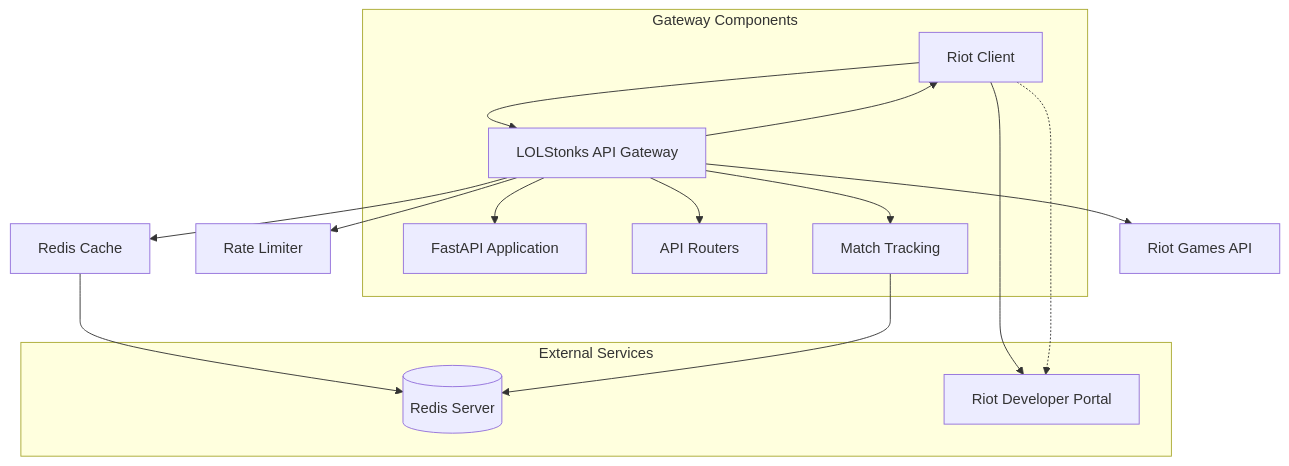
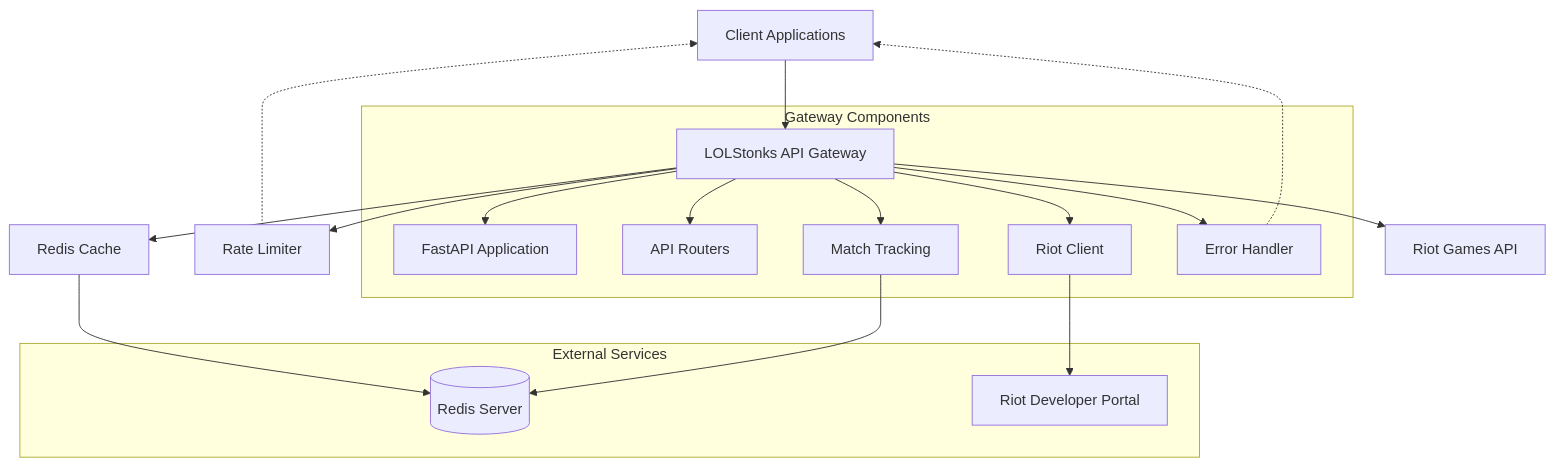
Before and after one commit to OneStepAt4time/lolstonks-api-gateway: the second of 6 diagrams in docs/architecture/overview.md, drawn with Mermaid. The commit also changed other lines of this file, not shown here.

First line of the commit message:
Fix architecture flowchart bugs in documentation

````diff
--- a/docs/architecture/overview.md
+++ b/docs/architecture/overview.md
@@ -20,24 +26,26 @@
 ```mermaid
 graph TB
     Client[Client Applications] --> Gateway[LOLStonks API Gateway]
     Gateway --> RateLimiter[Rate Limiter]
     Gateway --> Cache[Redis Cache]
     Gateway --> RiotAPI[Riot Games API]
 
     subgraph "Gateway Components"
         Gateway --> FastAPI[FastAPI Application]
         Gateway --> Routers[API Routers]
-        Gateway --> Client[Riot Client]
+        Gateway --> RiotClient[Riot Client]
         Gateway --> MatchTracking[Match Tracking]
+        Gateway --> ErrorHandler[Error Handler]
     end
 
     subgraph "External Services"
         Redis[(Redis Server)]
         Riot[Riot Developer Portal]
     end
 
     Cache --> Redis
     MatchTracking --> Redis
-    Client --> Riot
-    Client -.-> Riot
+    RiotClient --> Riot
+    ErrorHandler -.-> Client
+    RateLimiter -.-> Client
 ```
````
